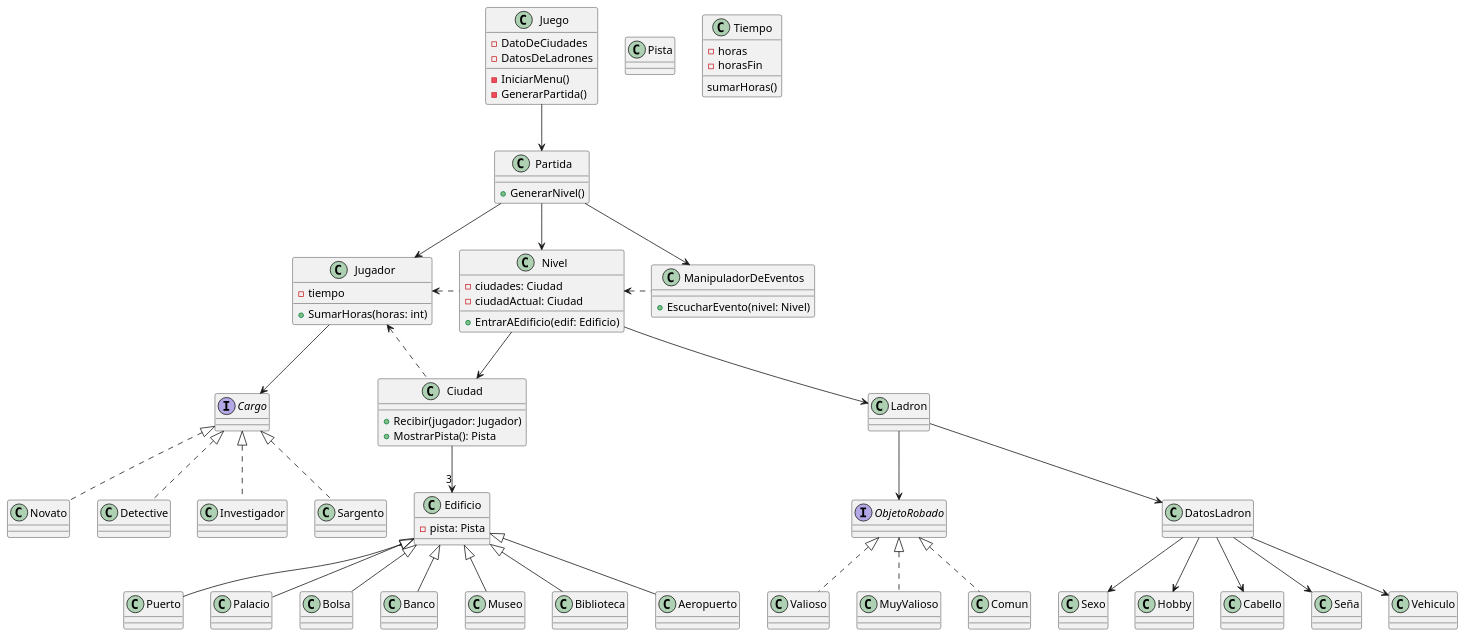
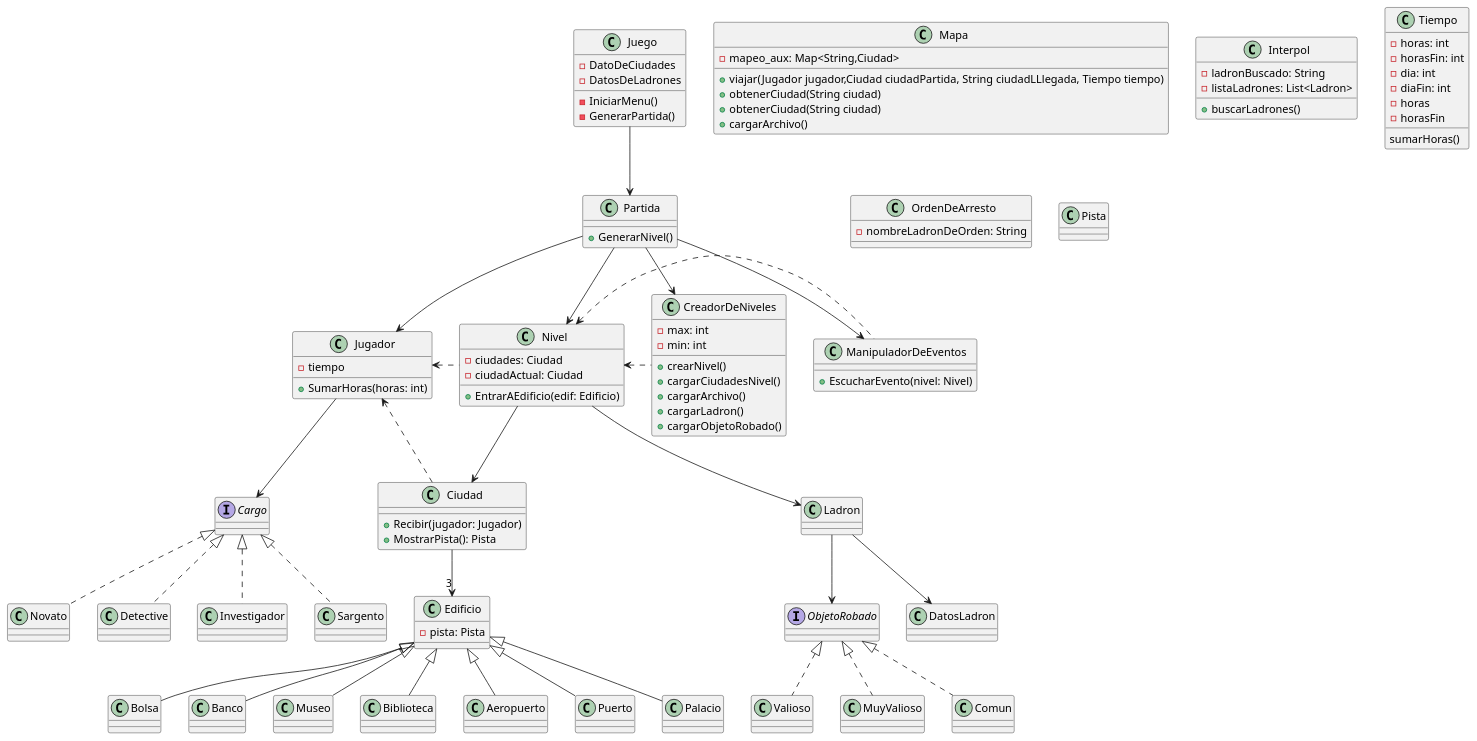
The diagram in diagrams/classes/AlgoThief_Diagrama_Clase_UML.puml (arilow/Algo3_TP2), drawn with PlantUML before and after one commit. The commit also changed 1 other file, not shown here.

Commit message:
diagramas

```diff
--- a/diagrams/classes/AlgoThief_Diagrama_Clase_UML.puml
+++ b/diagrams/classes/AlgoThief_Diagrama_Clase_UML.puml
@@ -1,116 +1,151 @@
 @startuml algoThief
 class Juego {
 - DatoDeCiudades
 - DatosDeLadrones
 
 - IniciarMenu()
 - GenerarPartida()
 
 }
 
 class Partida {
 ' - jugador: Jugador
 ' - ladron: Ladron
     + GenerarNivel()
 }
 
+class Mapa {
+    - mapeo_aux: Map<String,Ciudad>
+    + viajar(Jugador jugador,Ciudad ciudadPartida, String ciudadLLlegada, Tiempo tiempo)
+    + obtenerCiudad(String ciudad)
+    + obtenerCiudad(String ciudad)
+    + cargarArchivo()
+}
+
+class Interpol {
+    - ladronBuscado: String
+    - listaLadrones: List<Ladron>
+    + buscarLadrones()
+}
+
 class Nivel {
 - ciudades: Ciudad
 - ciudadActual: Ciudad
 
 + EntrarAEdificio(edif: Edificio)
+}
+
+class Tiempo {
+    - horas: int
+    - horasFin: int
+    - dia: int
+    - diaFin: int
+}
+
+class CreadorDeNiveles {
+    - max: int
+    - min: int
+    + crearNivel()
+    + cargarCiudadesNivel()
+    + cargarArchivo()
+    + cargarLadron()
+    + cargarObjetoRobado()
 }
 
 class ManipuladorDeEventos {
 + EscucharEvento(nivel: Nivel)
 }
 
 class Jugador {
     - tiempo
     + SumarHoras(horas: int)
 }
 
 class Ciudad {
     + Recibir(jugador: Jugador)
     + MostrarPista(): Pista
 }
+
+class OrdenDeArresto{
+- nombreLadronDeOrden: String
+}
+
+
 
 class Edificio {
     - pista: Pista
 }
 
 interface Cargo{}
 class Novato{}
 class Detective{}
 class Investigador{}
 class Sargento{}
 
 class Pista{}
 
 class Aeropuerto{}
 class Puerto{}
 class Palacio{}
 class Bolsa{}
 class Banco{}
 class Museo{}
 
 class Ladron{}
 class DatosLadron{}
-class Sexo{}
+
+
 
 interface ObjetoRobado{}
 class Comun{}
 class Valioso{}
 class MuyValioso{}
 
 class Tiempo {
     - horas
     - horasFin
     sumarHoras()
 }
 
 Jugador --> Cargo
 
 Cargo <|.. Novato
 Cargo <|.. Detective
 Cargo <|.. Investigador
 Cargo <|.. Sargento
 
 Ciudad --> "3" Edificio
 Edificio <|-- Aeropuerto
 Edificio <|-- Puerto
 Edificio <|-- Biblioteca
 Edificio <|-- Palacio
 Edificio <|-- Bolsa
 Edificio <|-- Banco
 Edificio <|-- Museo
 
 Ladron --> DatosLadron
-DatosLadron --> Sexo
-DatosLadron --> Hobby
-DatosLadron --> Cabello
-DatosLadron --> Seña
-DatosLadron --> Vehiculo
 
 ObjetoRobado <|.. Comun
 ObjetoRobado <|.. Valioso
 ObjetoRobado <|.. MuyValioso
 
 Juego --> Partida
 
 Partida --> ManipuladorDeEventos
 Partida --> Jugador
 Partida --> Nivel
+Partida --> CreadorDeNiveles
 
 Nivel --> Ciudad
 Nivel --> Ladron
 Nivel <. ManipuladorDeEventos
 
 
+CreadorDeNiveles .left> Nivel
 Jugador <. Nivel
 Jugador <. Ciudad
 
 Ladron --> ObjetoRobado
 
 
 @enduml
```
